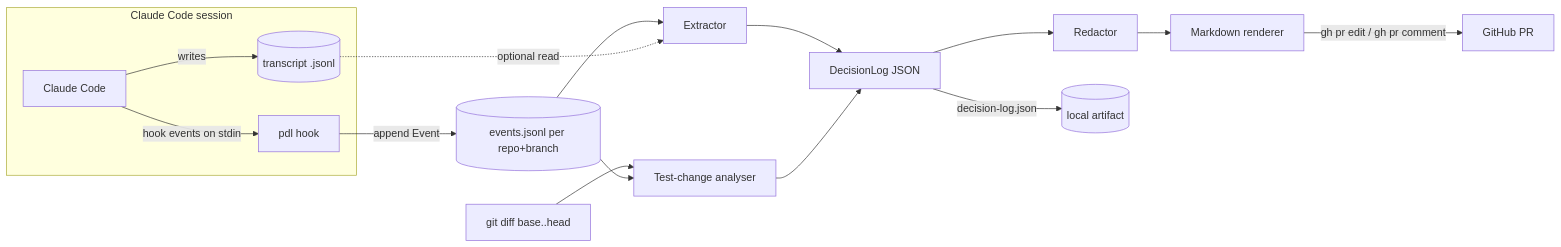
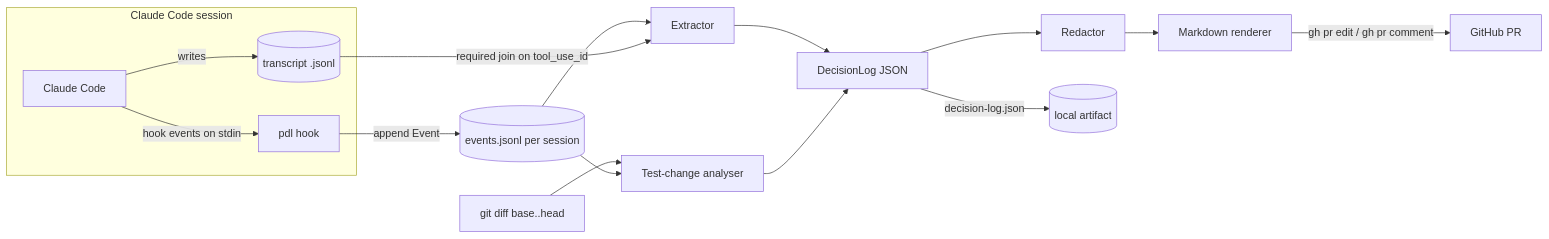
One commit to GcdZ03/pr-decision-log changed the diagram in docs/DESIGN.md. Above: the diagram before and after it, drawn with Mermaid. The commit also changed other lines of this file, not shown here.

````diff
--- a/docs/DESIGN.md
+++ b/docs/DESIGN.md
@@ -29,18 +74,18 @@
 ```mermaid
 flowchart LR
   subgraph agent[Claude Code session]
     CC[Claude Code] -->|hook events on stdin| H[pdl hook]
     CC -->|writes| T[(transcript .jsonl)]
   end
-  H -->|append Event| S[(events.jsonl per repo+branch)]
+  H -->|append Event| S[(events.jsonl per session)]
   S --> X[Extractor]
-  T -.optional read.-> X
+  T -->|required join on tool_use_id| X
   X --> D[DecisionLog JSON]
   D --> R[Redactor]
   R --> M[Markdown renderer]
   M -->|gh pr edit / gh pr comment| PR[GitHub PR]
   D -->|decision-log.json| F[(local artifact)]
   G[git diff base..head] --> TA[Test-change analyser]
   S --> TA
   TA --> D
 ```
````
